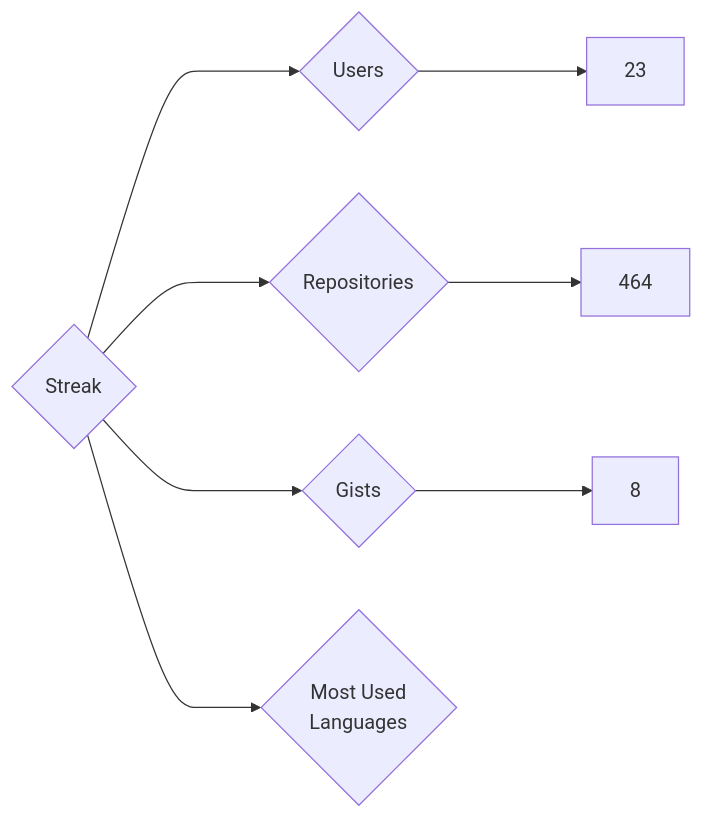
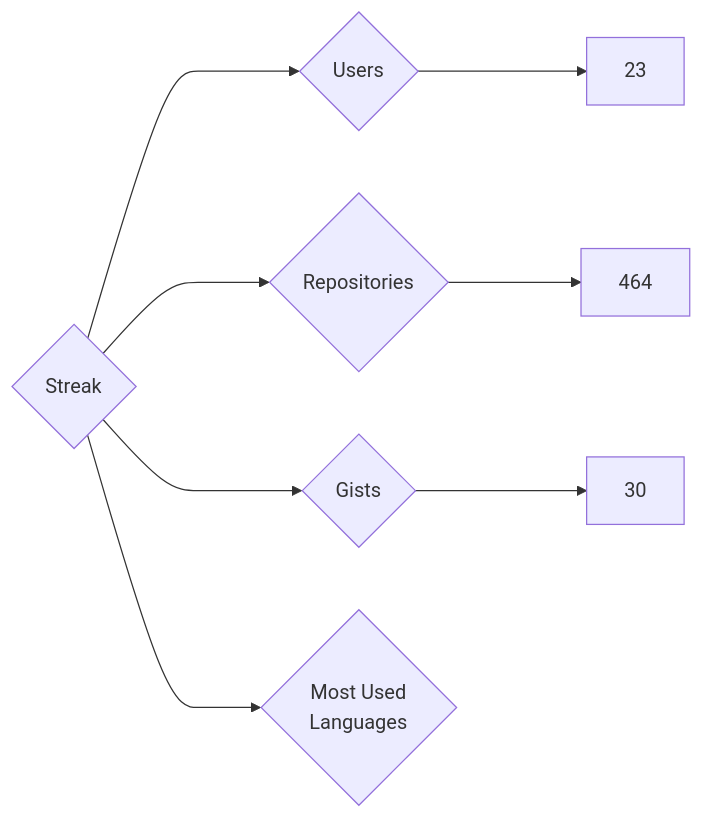
The diagram in targets/Streak/README.md (nenadzaric/insiders), drawn with Mermaid before and after one commit. The commit also changed 1342 other files, not shown here.

````diff
--- a/targets/Streak/README.md
+++ b/targets/Streak/README.md
@@ -3,8 +3,8 @@
 ```mermaid
 graph LR
 COMPANY_NAME{Streak}
 COMPANY_NAME ---> U{Users} ---> UN[23]
 COMPANY_NAME ---> R{Repositories} ---> RN[464]
-COMPANY_NAME ---> G{Gists} ---> GN[8]
+COMPANY_NAME ---> G{Gists} ---> GN[30]
 COMPANY_NAME ---> ML{Most Used<br>Languages}
 ```
````
